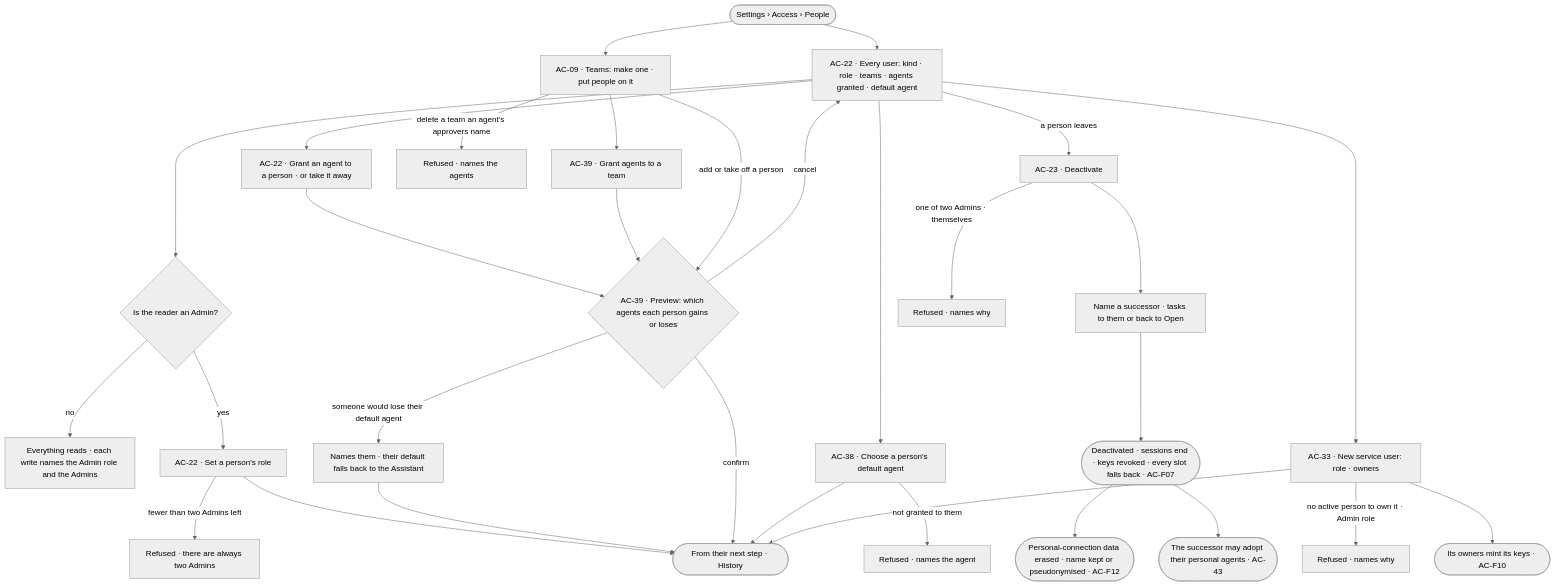
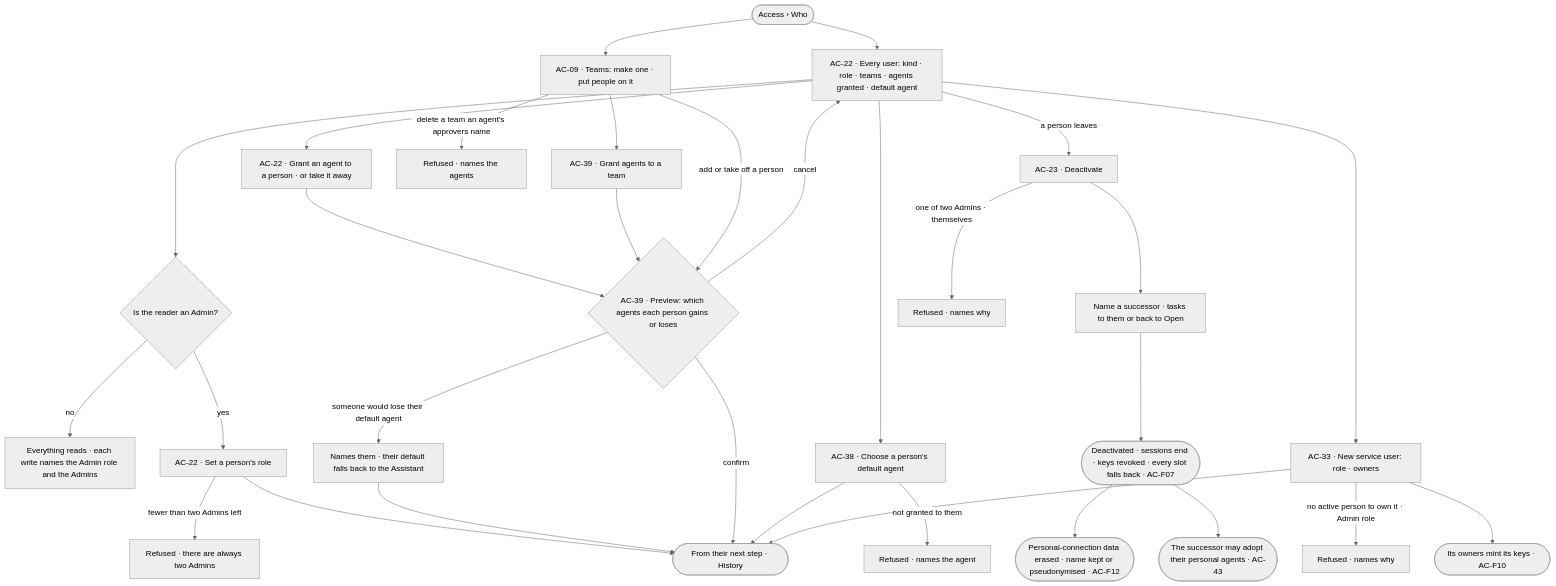
The diagram in specs/os/access/features/AC-F03-directory/feature.md (invana/invana), drawn with Mermaid (neutral theme) before and after one commit. The commit also changed other lines of this file and 133 other files, not shown here.

````diff
--- a/specs/os/access/features/AC-F03-directory/feature.md
+++ b/specs/os/access/features/AC-F03-directory/feature.md
@@ -28,33 +28,33 @@
 ```mermaid
 flowchart TD
-  start([Settings › Access › People]) --> users["AC-22 · Every user: kind · role · teams · agents granted · default agent"]
+  start([Access › Who]) --> users["AC-22 · Every user: kind · role · teams · agents granted · default agent"]
   users --> who{"Is the reader an Admin?"}
   who -->|no| ro["Everything reads · each write names the Admin role and the Admins"]
   who -->|yes| role["AC-22 · Set a person's role"]
   role -->|fewer than two Admins left| last["Refused · there are always two Admins"]
   role --> saved(["From their next step · History"])
   users --> grant["AC-22 · Grant an agent to a person · or take it away"]
   start --> teams["AC-09 · Teams: make one · put people on it"]
   teams --> tgrant["AC-39 · Grant agents to a team"]
   grant --> prev{"AC-39 · Preview: which agents each person gains or loses"}
   tgrant --> prev
   teams -->|add or take off a person| prev
   prev -->|someone would lose their default agent| dflt["Names them · their default falls back to the Assistant"]
   dflt --> saved
   prev -->|confirm| saved
   prev -->|cancel| users
   users --> def["AC-38 · Choose a person's default agent"]
   def -->|not granted to them| defr["Refused · names the agent"]
   def --> saved
   teams -->|delete a team an agent's approvers name| held["Refused · names the agents"]
   users -->|a person leaves| deact["AC-23 · Deactivate"]
   deact --> succ["Name a successor · tasks to them or back to Open"]
   succ --> off(["Deactivated · sessions end · keys revoked · every slot falls back · AC-F07"])
   off --> keep(["Personal-connection data erased · name kept or pseudonymised · AC-F12"])
   off --> adopt(["The successor may adopt their personal agents · AC-43"])
   deact -->|one of two Admins · themselves| refd["Refused · names why"]
   users --> svc["AC-33 · New service user: role · owners"]
   svc -->|no active person to own it · Admin role| svr["Refused · names why"]
   svc --> saved
   svc --> keys(["Its owners mint its keys · AC-F10"])
 ```
````
